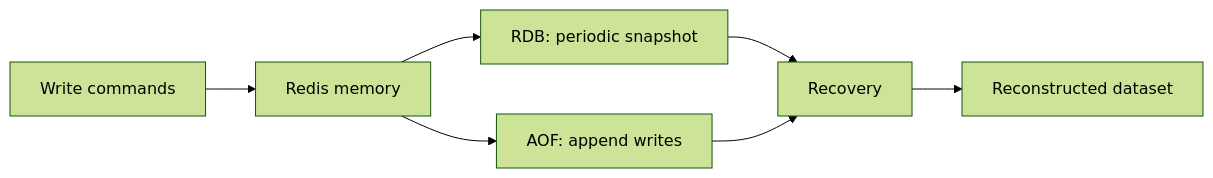
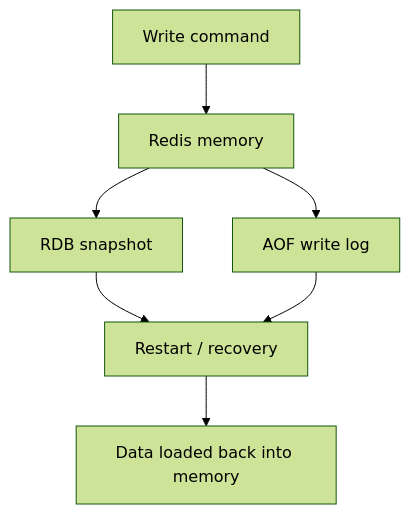
One commit to jayeshsharma2605/database_notes changed the second of 6 diagrams in Redis_for_System_Design_Interviews.md. Above: the diagram before and after it, drawn with Mermaid (forest theme). The commit also changed other lines of this file, not shown here.

Commit message:
Simplify Redis system design interview notes

````diff
--- a/Redis_for_System_Design_Interviews.md
+++ b/Redis_for_System_Design_Interviews.md
@@ -114,9 +120,9 @@
 ```mermaid
-flowchart LR
-    W[Write commands] --> MEM[Redis memory]
-    MEM --> RDB[RDB: periodic snapshot]
-    MEM --> AOF[AOF: append writes]
-    RDB --> REC[Recovery]
-    AOF --> REC
-    REC --> DATA[Reconstructed dataset]
+flowchart TD
+    W[Write command] --> M[Redis memory]
+    M --> R[RDB snapshot]
+    M --> A[AOF write log]
+    R --> REC[Restart / recovery]
+    A --> REC
+    REC --> DATA[Data loaded back into memory]
 ```
````
